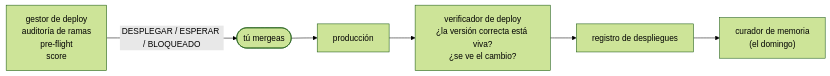
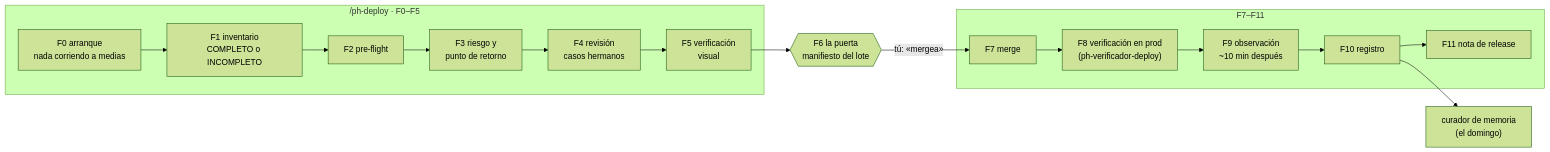
Before and after one commit to Clagoss/phronesis-v2: the fifth of 6 diagrams in organigrama/README.md, drawn with Mermaid (forest theme). The commit also changed other lines of this file and 14 other files, not shown here.

First line of the commit message:
ops: el protocolo de deploy en 12 fases, con inventario que falla si algo queda fuera

````diff
--- a/organigrama/README.md
+++ b/organigrama/README.md
@@ -153,8 +156,15 @@
 ```mermaid
 flowchart LR
-    G["gestor de deploy<br/>auditoría de ramas<br/>pre-flight<br/>score"] -->|DESPLEGAR / ESPERAR / BLOQUEADO| TU(["tú mergeas"])
-    TU --> P["producción"]
-    P --> V["verificador de deploy<br/>¿la versión correcta está viva?<br/>¿se ve el cambio?"]
-    V --> LOG["registro de despliegues"]
-    LOG --> C["curador de memoria<br/>(el domingo)"]
+    subgraph ANTES["/ph-deploy · F0–F5"]
+        F0["F0 arranque<br/>nada corriendo a medias"] --> F1["F1 inventario<br/>COMPLETO o INCOMPLETO"]
+        F1 --> F2["F2 pre-flight"] --> F3["F3 riesgo y<br/>punto de retorno"]
+        F3 --> F4["F4 revisión<br/>casos hermanos"] --> F5["F5 verificación<br/>visual"]
+    end
+    F5 --> F6{{"F6 la puerta<br/>manifiesto del lote"}}
+    F6 -->|"tú: «mergea»"| F7
+    subgraph DESPUES["F7–F11"]
+        F7["F7 merge"] --> F8["F8 verificación en prod<br/>(ph-verificador-deploy)"]
+        F8 --> F9["F9 observación<br/>~10 min después"] --> F10["F10 registro"] --> F11["F11 nota de release"]
+    end
+    F10 --> C["curador de memoria<br/>(el domingo)"]
 ```
````
